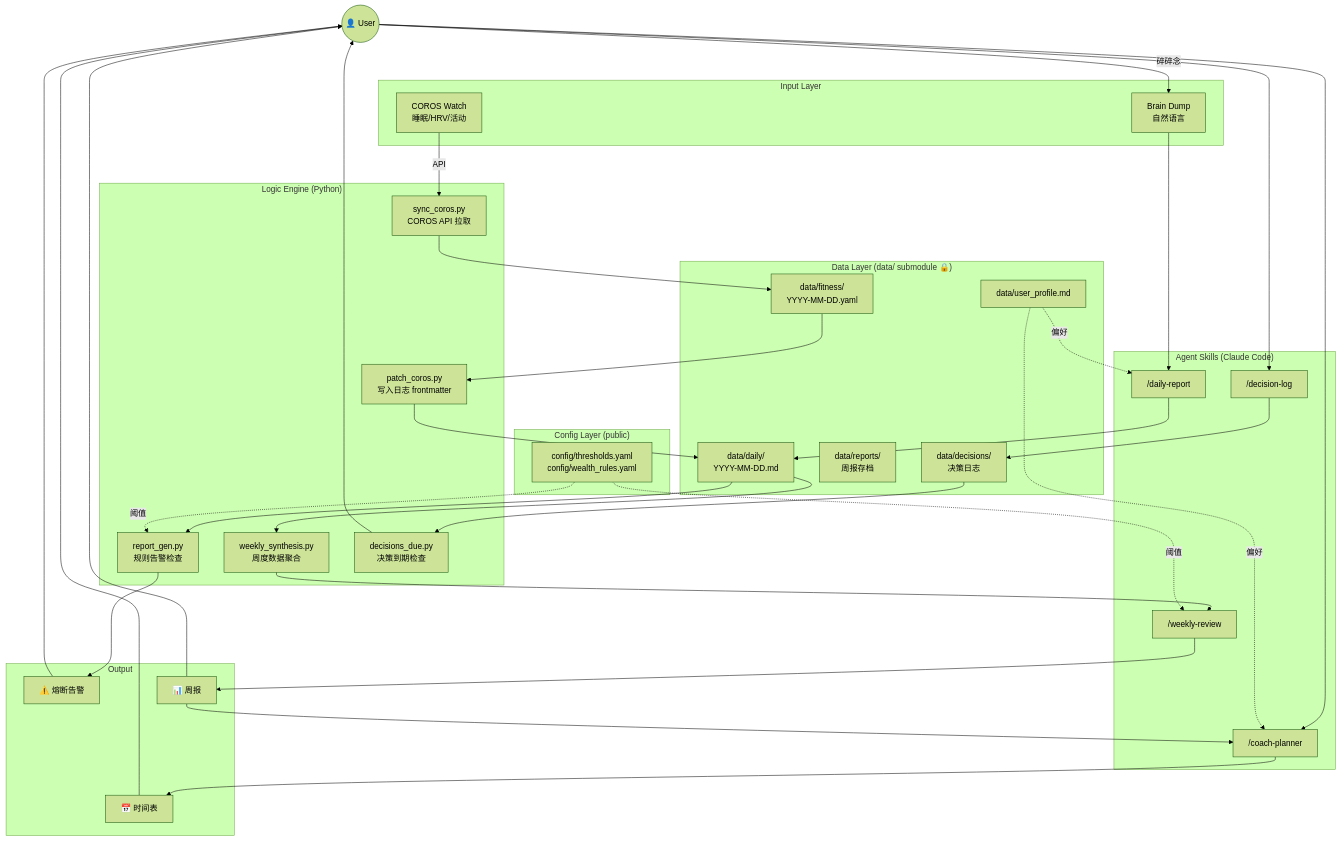
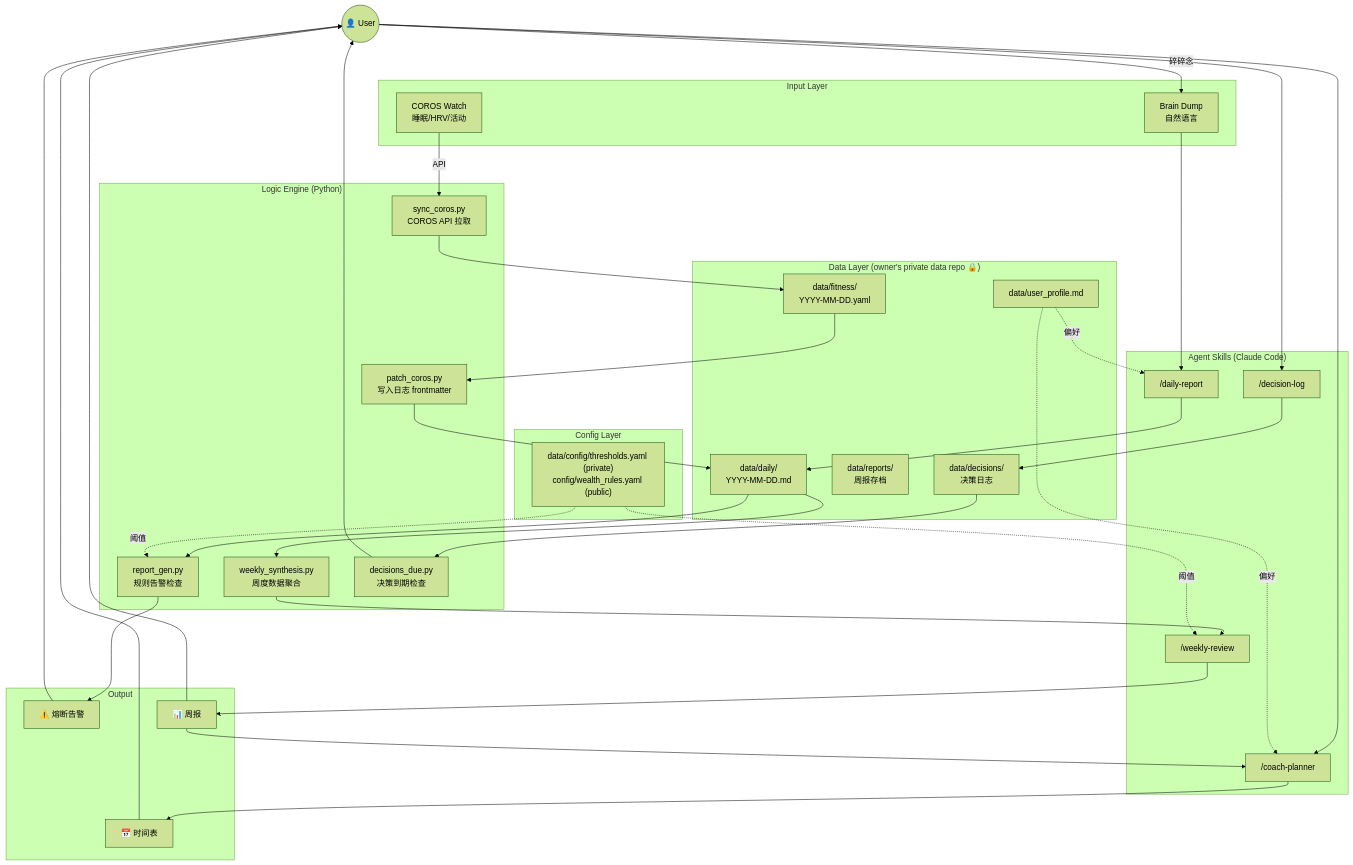
The first of 7 diagrams in ARCHITECTURE.md (KelvinYou/personal-os), drawn with Mermaid (forest theme) before and after one commit. The commit also changed other lines of this file and 55 other files, not shown here.

Commit message:
feat(platform): add private config and knowledge base

````diff
--- a/ARCHITECTURE.md
+++ b/ARCHITECTURE.md
@@ -15,57 +15,57 @@
 ```mermaid
 graph TB
     User((👤 User))
 
     subgraph Input ["Input Layer"]
         BD["Brain Dump<br/>自然语言"]
         COROS_HW["COROS Watch<br/>睡眠/HRV/活动"]
     end
 
     subgraph Agents ["Agent Skills (Claude Code)"]
         DR["/daily-report"]
         CP["/coach-planner"]
         WR["/weekly-review"]
         DJL["/decision-log"]
     end
 
     subgraph Engine ["Logic Engine (Python)"]
         SC["sync_coros.py<br/>COROS API 拉取"]
         PC["patch_coros.py<br/>写入日志 frontmatter"]
         RG["report_gen.py<br/>规则告警检查"]
         WS["weekly_synthesis.py<br/>周度数据聚合"]
         DD["decisions_due.py<br/>决策到期检查"]
     end
 
-    subgraph Store ["Data Layer (data/ submodule 🔒)"]
+    subgraph Store ["Data Layer (owner's private data repo 🔒)"]
         DL["data/daily/<br/>YYYY-MM-DD.md"]
         FIT["data/fitness/<br/>YYYY-MM-DD.yaml"]
         RPT["data/reports/<br/>周报存档"]
         DEC["data/decisions/<br/>决策日志"]
         UP["data/user_profile.md"]
     end
 
-    subgraph Config ["Config Layer (public)"]
-        CFG["config/thresholds.yaml<br/>config/wealth_rules.yaml"]
+    subgraph Config ["Config Layer"]
+        CFG["data/config/thresholds.yaml (private)<br/>config/wealth_rules.yaml (public)"]
     end
 
     subgraph Output ["Output"]
         ALERT["⚠️ 熔断告警"]
         SCHED["📅 时间表"]
         REPORT["📊 周报"]
     end
 
     User -- "碎碎念" --> BD
     BD --> DR --> DL
     COROS_HW -- "API" --> SC --> FIT
     FIT --> PC --> DL
     DL --> RG --> ALERT --> User
     DL --> WS --> WR --> REPORT --> User
     REPORT --> CP
     User --> CP --> SCHED --> User
     User --> DJL --> DEC
     DEC --> DD --> User
     CFG -. "阈值" .-> RG
     CFG -. "阈值" .-> WR
     UP -. "偏好" .-> DR
     UP -. "偏好" .-> CP
 ```
````
